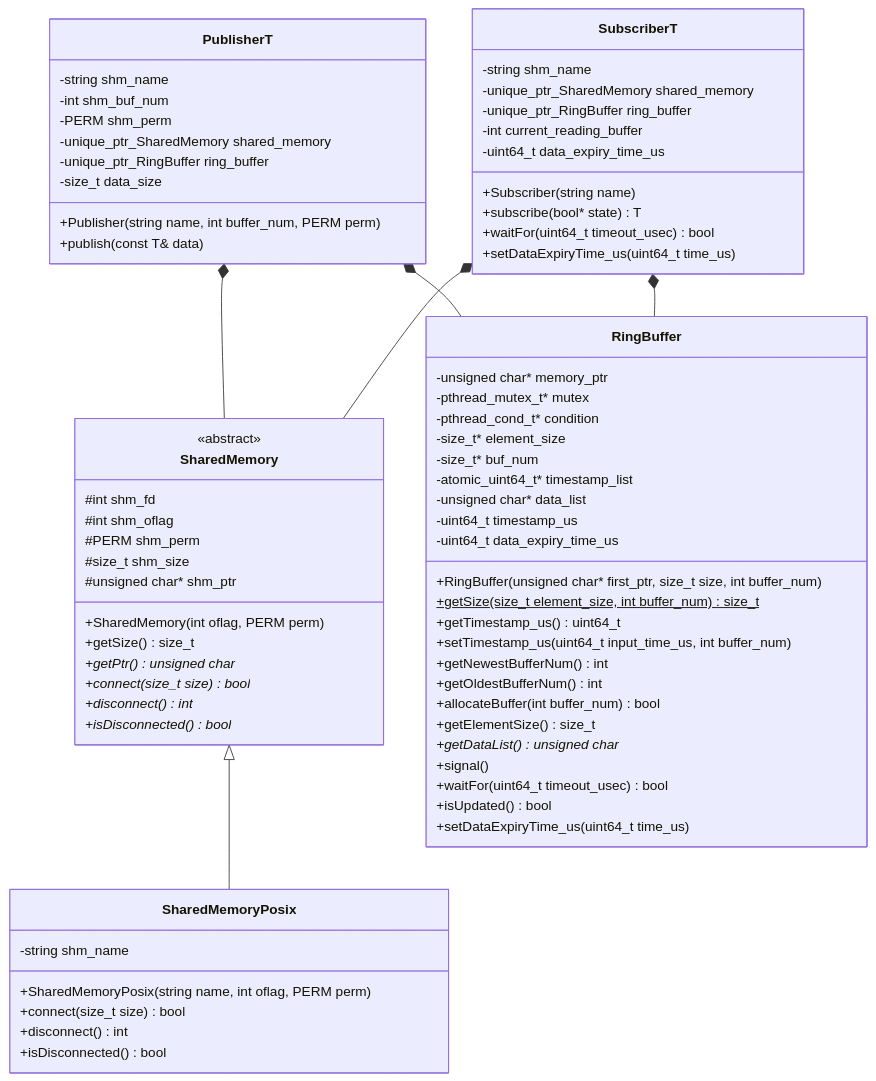
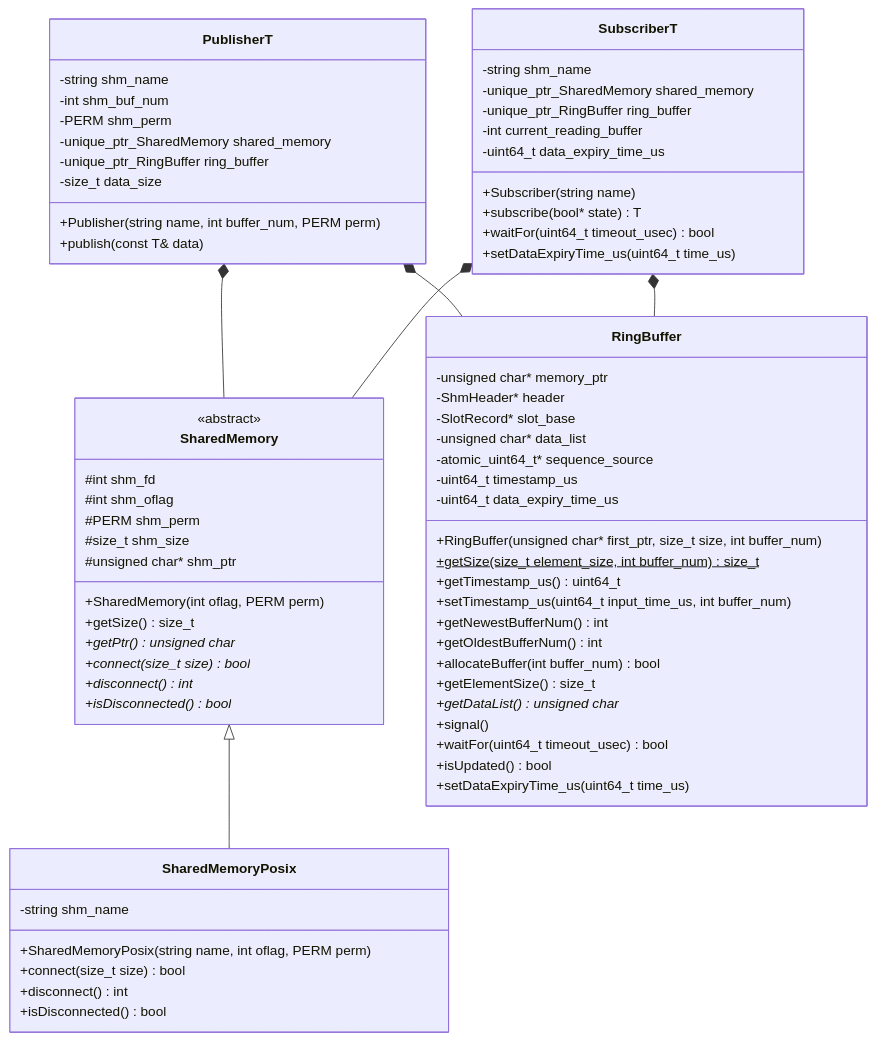
One commit to REACT-ROBOT/shared-memory-based-handy-communication-manager changed the third of 13 diagrams in manual/spec_en.md. Above: the diagram before and after it, drawn with Mermaid. The commit also changed other lines of this file and 4 other files, not shown here.

```diff
--- a/manual/spec_en.md
+++ b/manual/spec_en.md
@@ -153,79 +153,77 @@
 <div class="mermaid">
 classDiagram
     class SharedMemory {
         &lt;&lt;abstract&gt;&gt;
         #int shm_fd
         #int shm_oflag
         #PERM shm_perm
         #size_t shm_size
         #unsigned char* shm_ptr
         +SharedMemory(int oflag, PERM perm)
         +getSize() size_t
         +getPtr() unsigned char*
         +connect(size_t size)* bool
         +disconnect()* int
         +isDisconnected()* bool
     }
     
     class SharedMemoryPosix {
         -string shm_name
         +SharedMemoryPosix(string name, int oflag, PERM perm)
         +connect(size_t size) bool
         +disconnect() int
         +isDisconnected() bool
     }
     
     class RingBuffer {
         -unsigned char* memory_ptr
-        -pthread_mutex_t* mutex
-        -pthread_cond_t* condition
-        -size_t* element_size
-        -size_t* buf_num
-        -atomic_uint64_t* timestamp_list
+        -ShmHeader* header
+        -SlotRecord* slot_base
         -unsigned char* data_list
+        -atomic_uint64_t* sequence_source
         -uint64_t timestamp_us
         -uint64_t data_expiry_time_us
         +RingBuffer(unsigned char* first_ptr, size_t size, int buffer_num)
         +getSize(size_t element_size, int buffer_num)$ size_t
         +getTimestamp_us() uint64_t
         +setTimestamp_us(uint64_t input_time_us, int buffer_num)
         +getNewestBufferNum() int
         +getOldestBufferNum() int
         +allocateBuffer(int buffer_num) bool
         +getElementSize() size_t
         +getDataList() unsigned char*
         +signal()
         +waitFor(uint64_t timeout_usec) bool
         +isUpdated() bool
         +setDataExpiryTime_us(uint64_t time_us)
     }
     
     class PublisherT {
         -string shm_name
         -int shm_buf_num
         -PERM shm_perm
         -unique_ptr_SharedMemory shared_memory
         -unique_ptr_RingBuffer ring_buffer
         -size_t data_size
         +Publisher(string name, int buffer_num, PERM perm)
         +publish(const T& data)
     }
     
     class SubscriberT {
         -string shm_name
         -unique_ptr_SharedMemory shared_memory
         -unique_ptr_RingBuffer ring_buffer
         -int current_reading_buffer
         -uint64_t data_expiry_time_us
         +Subscriber(string name)
         +subscribe(bool* state) T
         +waitFor(uint64_t timeout_usec) bool
         +setDataExpiryTime_us(uint64_t time_us)
     }
     
     SharedMemory <|-- SharedMemoryPosix
     PublisherT *-- SharedMemory
     PublisherT *-- RingBuffer
     SubscriberT *-- SharedMemory
     SubscriberT *-- RingBuffer
 </div>
```
